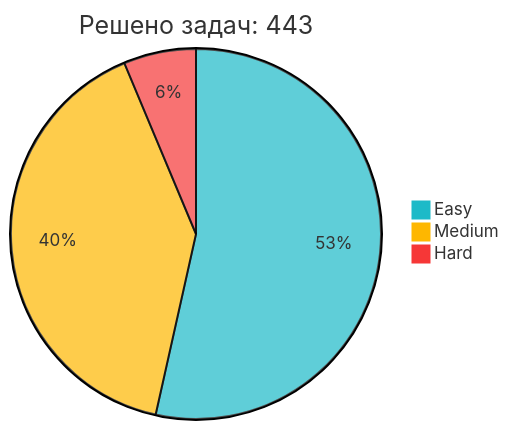
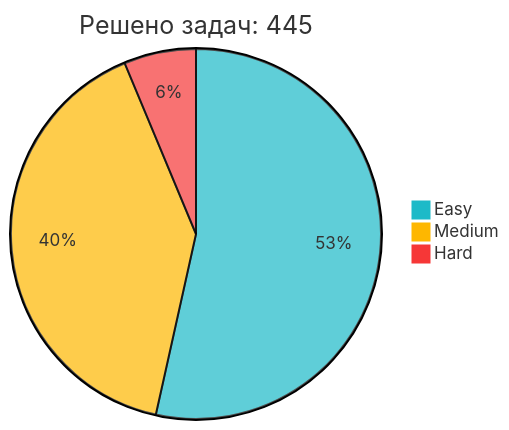
Before and after one commit to IliaKurdukov/IliaKurdukov: the diagram in README.md, drawn with Mermaid. The commit also changed other lines of this file, not shown here.

Commit message:
📈 Обновление статистики LeetCode

````diff
--- a/README.md
+++ b/README.md
@@ -51,7 +51,7 @@
 ```mermaid
 %%{init: {'theme': 'base', 'themeVariables': { 'pie1': '#1CBAC8', 'pie2': '#FEB700', 'pie3': '#F63737' }, 'config': {'width': 300, 'height': 200}}}%%
-pie title Решено задач: 443
-   "Easy" : 237
-   "Medium" : 178
+pie title Решено задач: 445
+   "Easy" : 238
+   "Medium" : 179
    "Hard" : 28
 ```
````
